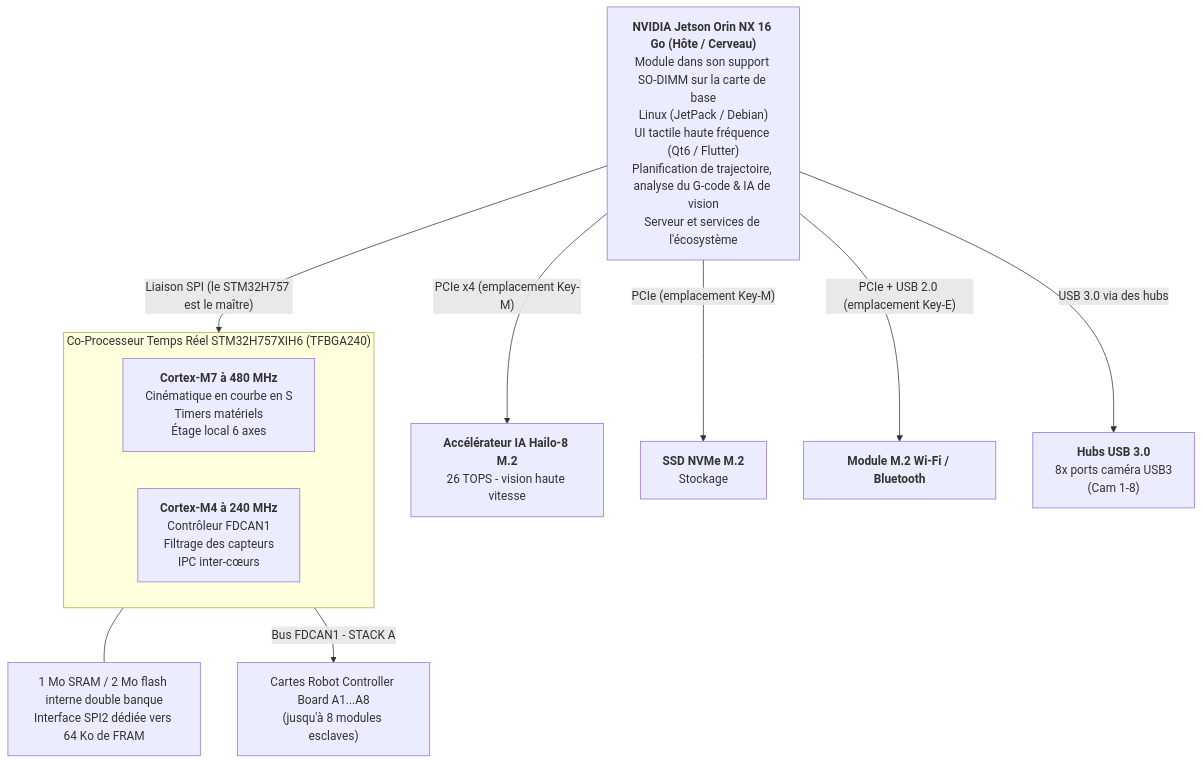
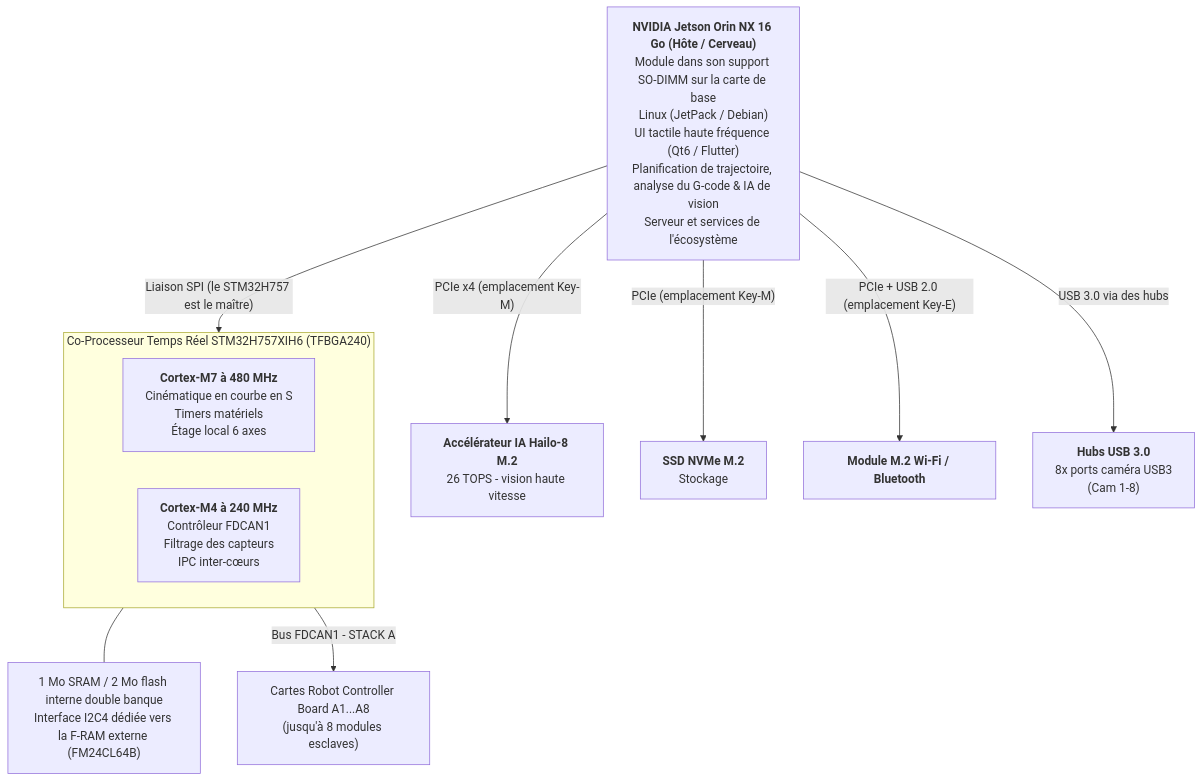
One commit to JuanenRac/HYDRA-UMC changed the first of 3 diagrams in README_fra.md. Above: the diagram before and after it, drawn with Mermaid. The commit also changed other lines of this file and 10 other files, not shown here.

Commit message:
README: F-RAM on I2C4 in the block diagram and host-neutral description of the OS image folder

````diff
--- a/README_fra.md
+++ b/README_fra.md
@@ -95,21 +95,21 @@
 ```mermaid
 flowchart TB
     JETSON["<b>NVIDIA Jetson Orin NX 16 Go (Hôte / Cerveau)</b><br/>Module dans son support SO-DIMM sur la carte de base<br/>Linux (JetPack / Debian)<br/>UI tactile haute fréquence (Qt6 / Flutter)<br/>Planification de trajectoire, analyse du G-code &amp; IA de vision<br/>Serveur et services de l'écosystème"]
 
     JETSON -- "PCIe x4 (emplacement Key-M)" --> HAILO8["<b>Accélérateur IA Hailo-8 M.2</b><br/>26 TOPS - vision haute vitesse"]
     JETSON -- "PCIe (emplacement Key-M)" --> NVME["<b>SSD NVMe M.2</b><br/>Stockage"]
     JETSON -- "PCIe + USB 2.0 (emplacement Key-E)" --> WIFI["<b>Module M.2 Wi-Fi / Bluetooth</b>"]
     JETSON -- "USB 3.0 via des hubs" --> HUBS["<b>Hubs USB 3.0</b><br/>8x ports caméra USB3<br/>(Cam 1-8)"]
 
     JETSON -- "Liaison SPI (le STM32H757 est le maître)" --> MCU
 
     subgraph MCU["Co-Processeur Temps Réel STM32H757XIH6 (TFBGA240)"]
         direction LR
         CM7["<b>Cortex-M7 à 480 MHz</b><br/>Cinématique en courbe en S<br/>Timers matériels<br/>Étage local 6 axes"]
         CM4["<b>Cortex-M4 à 240 MHz</b><br/>Contrôleur FDCAN1<br/>Filtrage des capteurs<br/>IPC inter-cœurs"]
     end
-    MEM["1 Mo SRAM / 2 Mo flash interne double banque<br/>Interface SPI2 dédiée vers 64 Ko de FRAM"]
+    MEM["1 Mo SRAM / 2 Mo flash interne double banque<br/>Interface I2C4 dédiée vers la F-RAM externe (FM24CL64B)"]
     MCU --- MEM
 
     MCU -- "Bus FDCAN1 - STACK A" --> ROBOTS["Cartes Robot Controller Board A1...A8<br/>(jusqu'à 8 modules esclaves)"]
 ```
````
